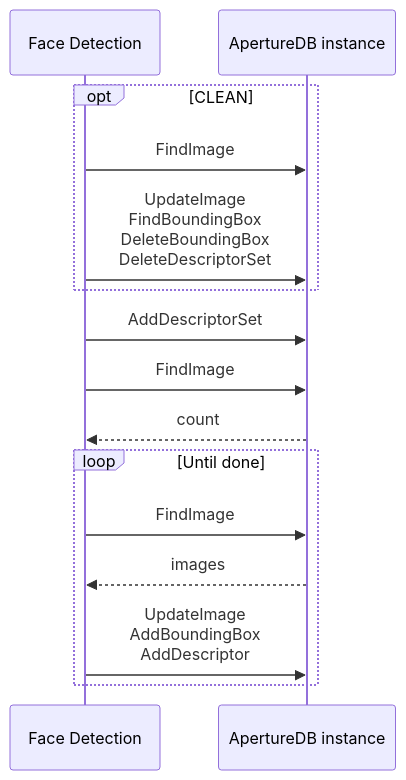
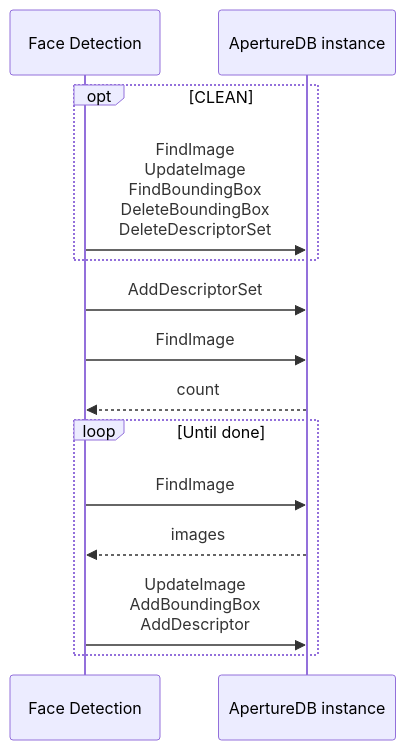
One commit to aperture-data/workflows changed the diagram in apps/face-detection/README.md. Above: the diagram before and after it, drawn with Mermaid.

Commit message:
one more combine

````diff
--- a/apps/face-detection/README.md
+++ b/apps/face-detection/README.md
@@ -10,17 +10,16 @@
 ```mermaid
 sequenceDiagram
     participant W as Face Detection
     participant A as ApertureDB instance
     opt CLEAN
-        W->>A: FindImage
-        W->>A: UpdateImage<br/>FindBoundingBox<br/>DeleteBoundingBox<br/>DeleteDescriptorSet
+        W->>A: FindImage<br/>UpdateImage<br/>FindBoundingBox<br/>DeleteBoundingBox<br/>DeleteDescriptorSet
     end
     W->>A: AddDescriptorSet
     W->>A: FindImage
     A-->>W: count
     loop Until done
         W->>A: FindImage
         A-->>W: images
         W->>A: UpdateImage<br/>AddBoundingBox<br/>AddDescriptor
     end
 ```
````
